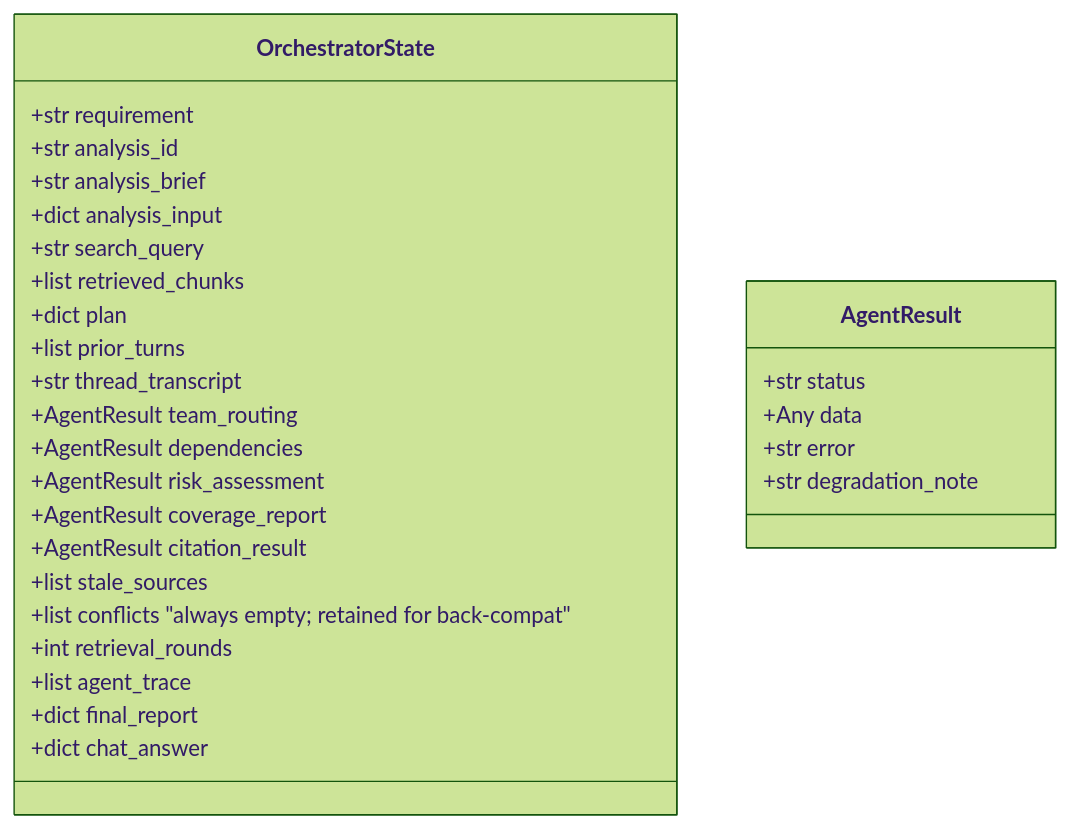
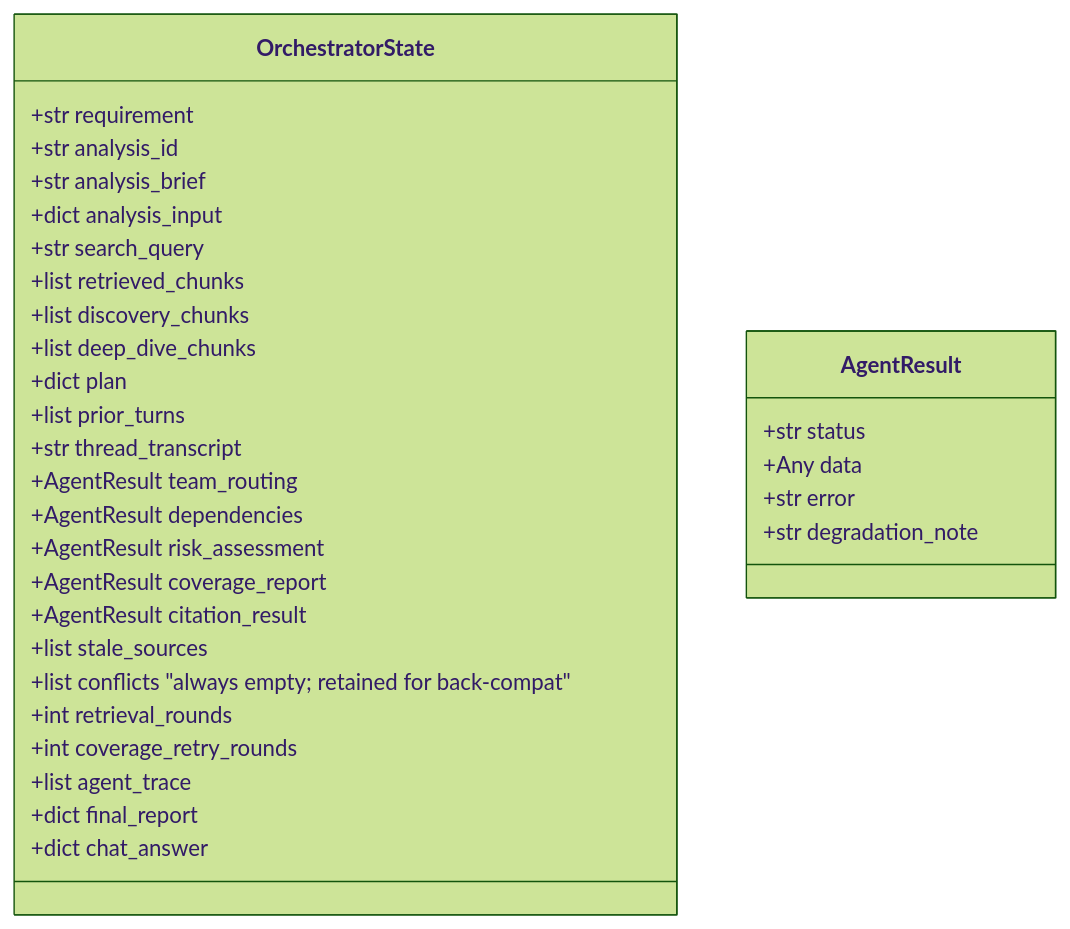
The third of 4 diagrams in docs/agents.md (gurungabit/prism), drawn with Mermaid (forest theme) before and after one commit. The commit also changed other lines of this file and 31 other files, not shown here.

````diff
--- a/docs/agents.md
+++ b/docs/agents.md
@@ -203,32 +212,35 @@
 ```mermaid
 classDiagram
     class OrchestratorState {
         +str requirement
         +str analysis_id
         +str analysis_brief
         +dict analysis_input
         +str search_query
         +list retrieved_chunks
+        +list discovery_chunks
+        +list deep_dive_chunks
         +dict plan
         +list prior_turns
         +str thread_transcript
         +AgentResult team_routing
         +AgentResult dependencies
         +AgentResult risk_assessment
         +AgentResult coverage_report
         +AgentResult citation_result
         +list stale_sources
         +list conflicts  "always empty; retained for back-compat"
         +int retrieval_rounds
+        +int coverage_retry_rounds
         +list agent_trace
         +dict final_report
         +dict chat_answer
     }
 
     class AgentResult {
         +str status
         +Any data
         +str error
         +str degradation_note
     }
 ```
````
